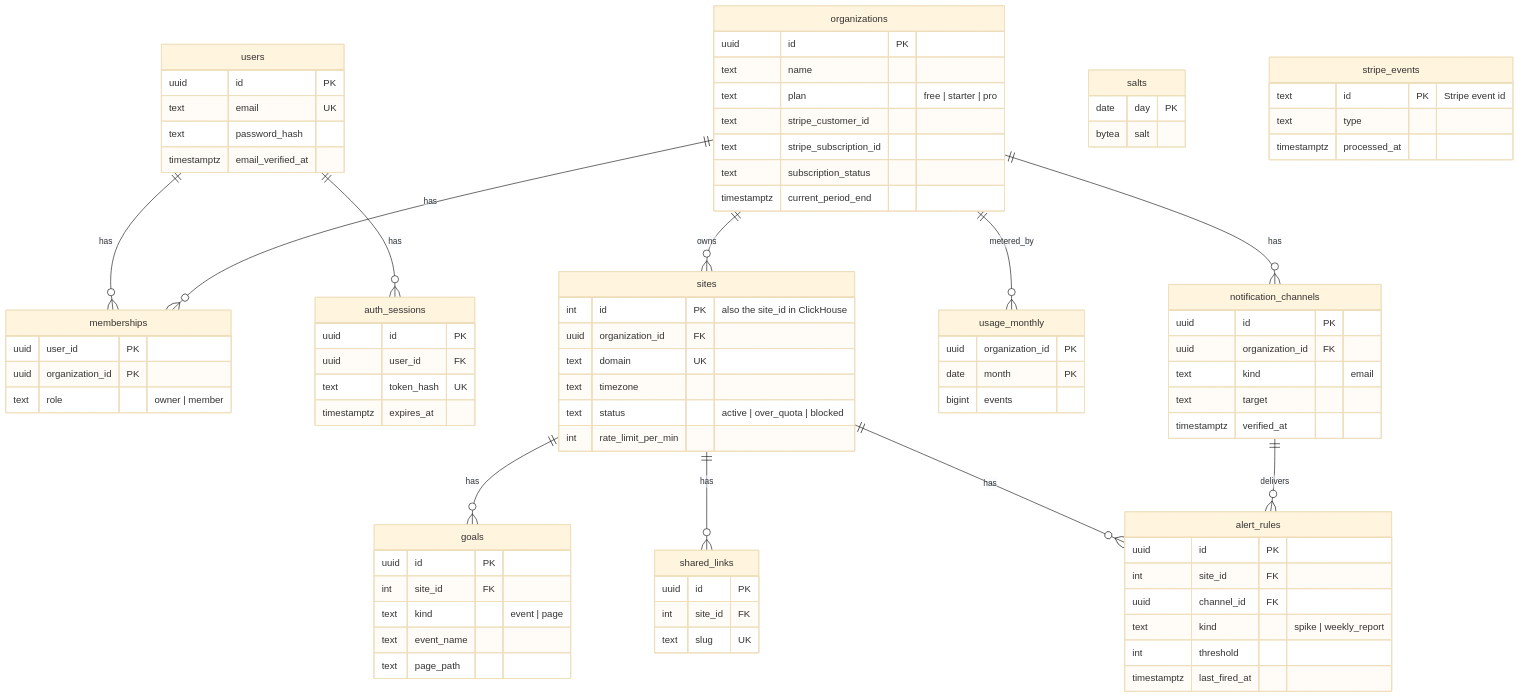
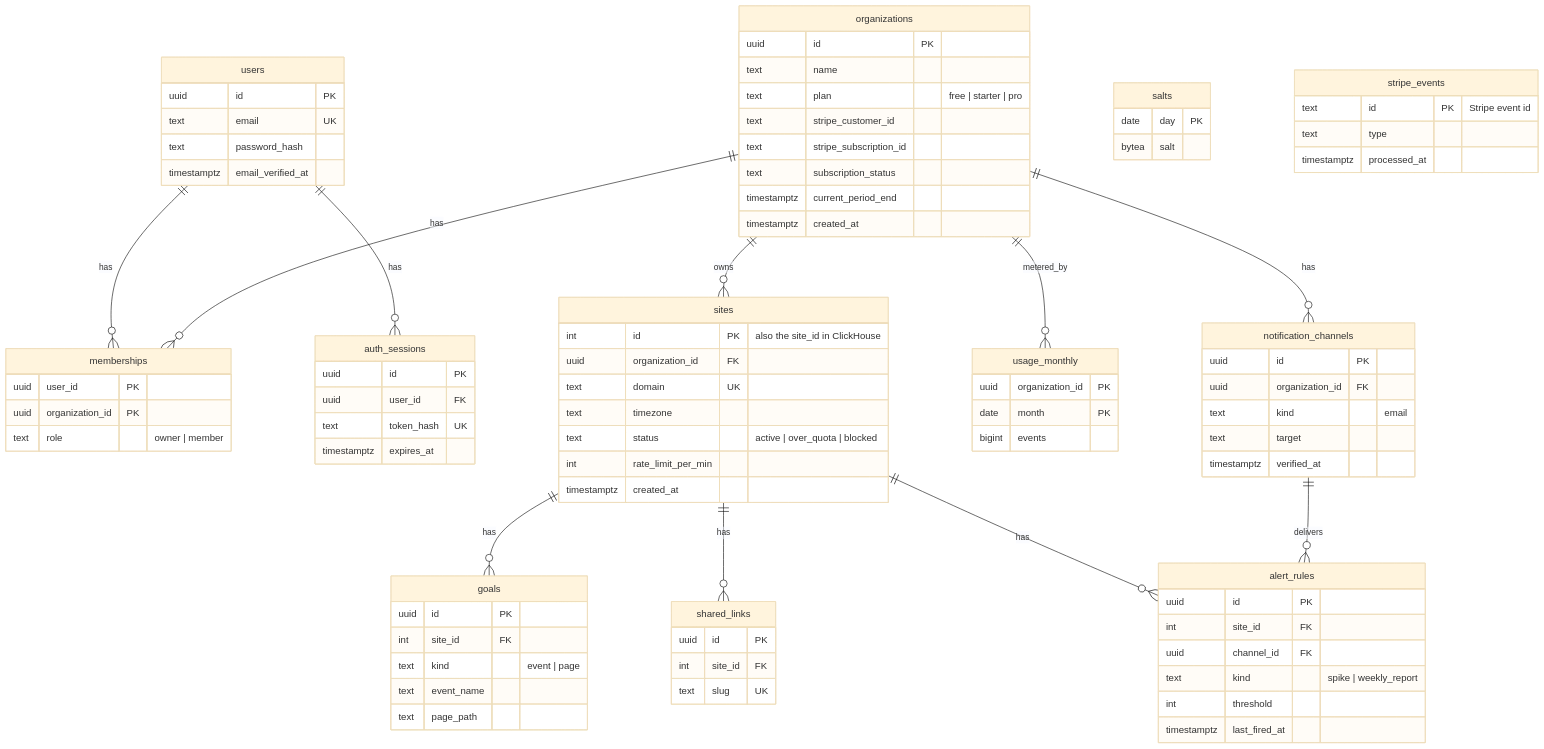
One commit to AntonBurduzha/mieru changed the diagram in docs/architecture/data-model.md. Above: the diagram before and after it, drawn with Mermaid (base theme). The commit also changed other lines of this file and 34 other files, not shown here.

```diff
--- a/docs/architecture/data-model.md
+++ b/docs/architecture/data-model.md
@@ -31,6 +31,7 @@
         text stripe_subscription_id
         text subscription_status
         timestamptz current_period_end
+        timestamptz created_at
     }
     memberships {
         uuid user_id PK
@@ -50,6 +51,7 @@
         text timezone
         text status "active | over_quota | blocked"
         int rate_limit_per_min
+        timestamptz created_at
     }
     goals {
         uuid id PK
```
